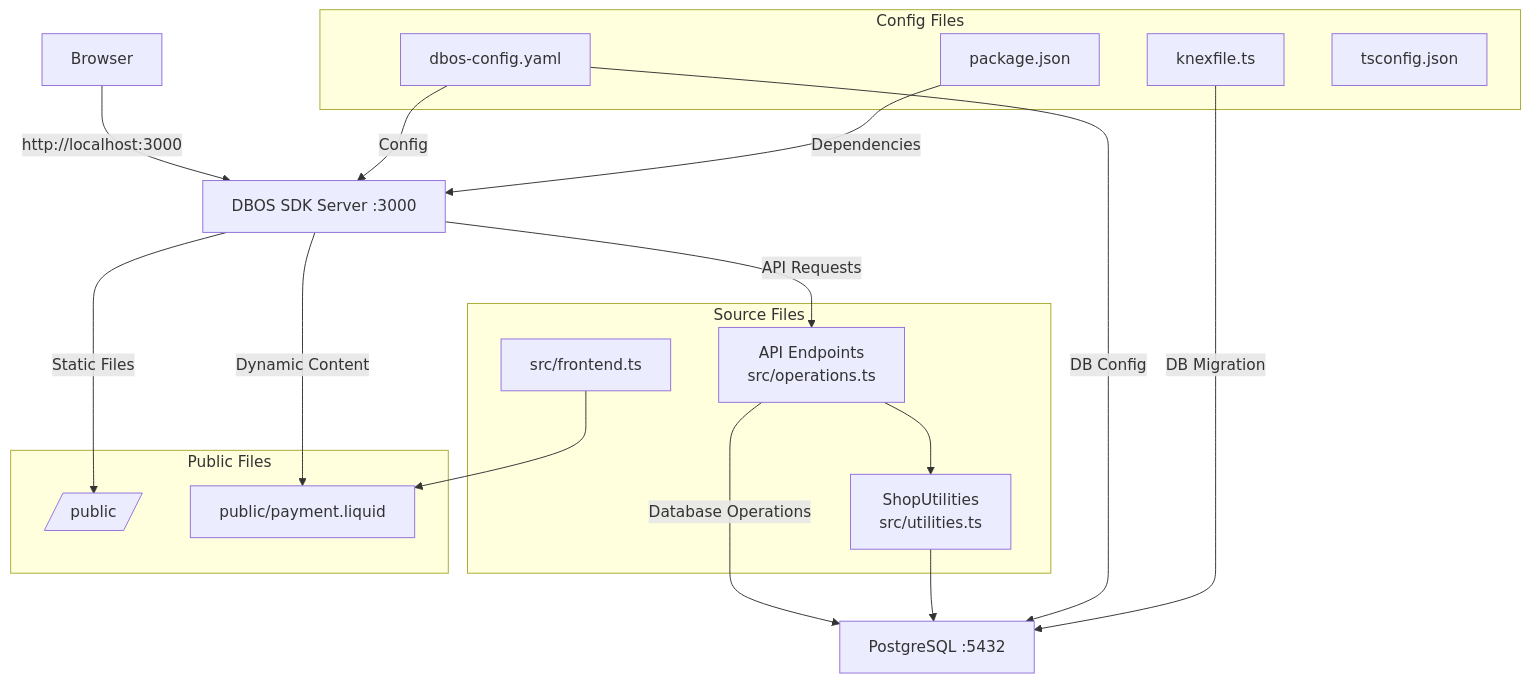
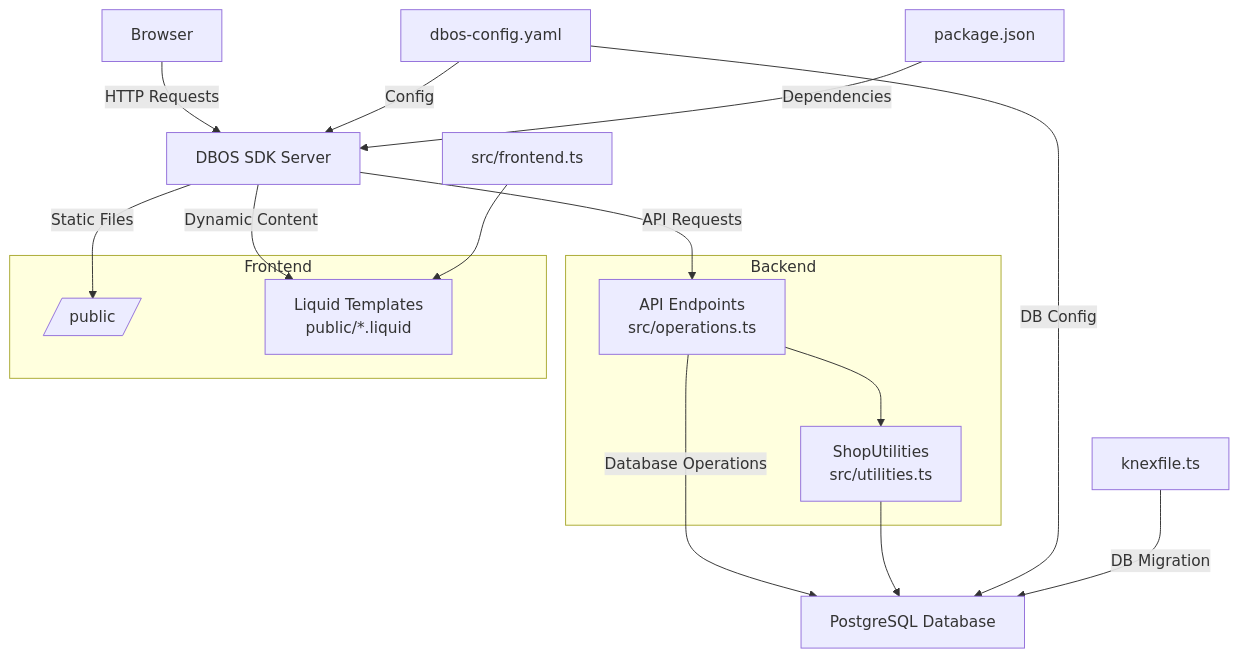
The fifth of 5 diagrams in README.md (adamgordonbell/workflow-orchestration-tools), drawn with Mermaid before and after one commit. The commit also changed other lines of this file, not shown here.

````diff
--- a/README.md
+++ b/README.md
@@ -3,33 +116,25 @@
 ```mermaid
 graph TD
-    A[Browser] -->|http://localhost:3000| B[DBOS SDK Server :3000]
+    A[Browser] -->|HTTP Requests| B[DBOS SDK Server]
     B -->|Static Files| C[/public/]
     B -->|API Requests| D[API Endpoints<br>src/operations.ts]
-    D -->|Database Operations| E[PostgreSQL :5432]
-    B -->|Dynamic Content| F[public/payment.liquid]
+    D -->|Database Operations| E[PostgreSQL Database]
+    B -->|Dynamic Content| F[Liquid Templates<br>public/*.liquid]
     D --> G[ShopUtilities<br>src/utilities.ts]
     G --> E
     H[dbos-config.yaml] -->|Config| B
     H -->|DB Config| E
     I[package.json] -->|Dependencies| B
     J[knexfile.ts] -->|DB Migration| E
     K[src/frontend.ts] --> F
 
-    subgraph "Config Files"
-        H
-        I
-        J
-        L[tsconfig.json]
+    subgraph "Backend"
+        D
+        G
     end
 
-    subgraph "Source Files"
-        D
-        G
-        K
-    end
-
-    subgraph "Public Files"
+    subgraph "Frontend"
         C
         F
     end
 ```
````
